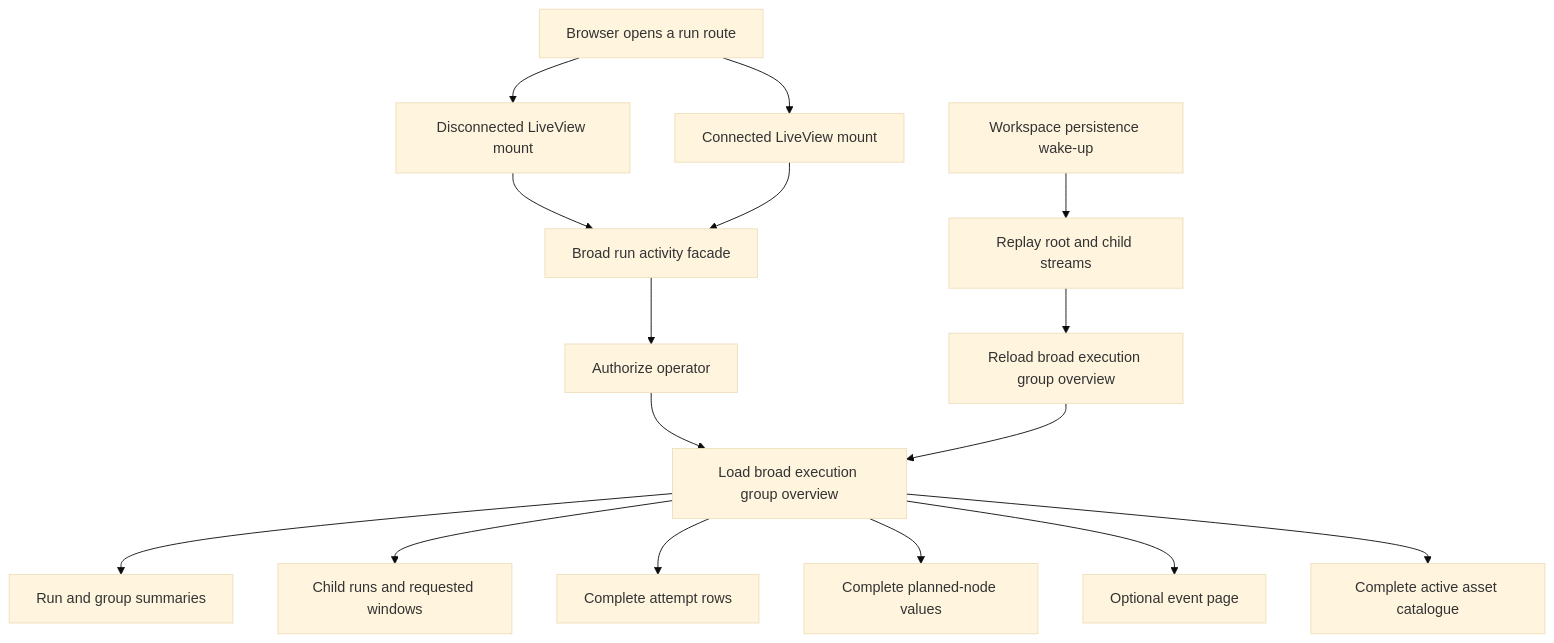
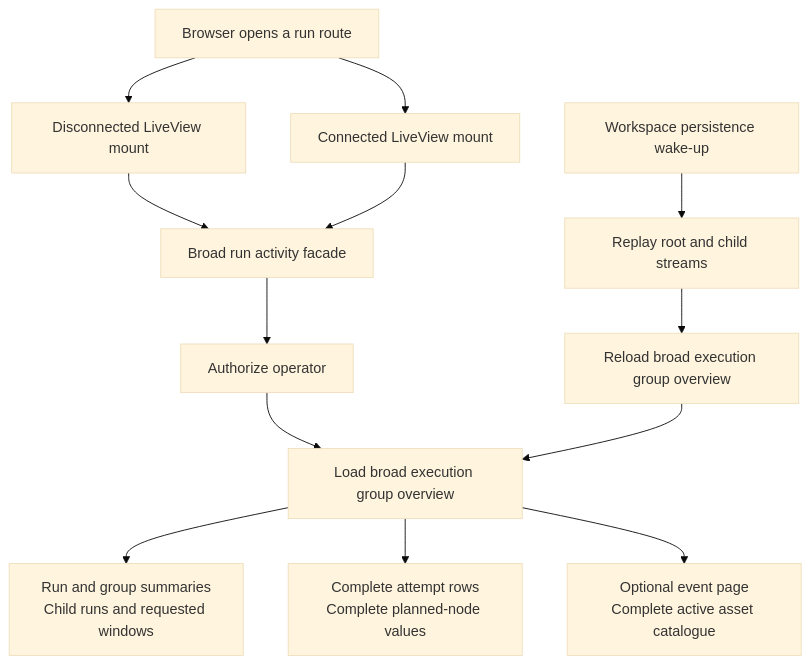
The first of 7 diagrams in docs/change-records/2026/issue-658-pr-659-run-detail-read-performance.md (eirhop/favn), drawn with Mermaid (base theme) before and after one commit. The commit also changed other lines of this file, not shown here.

Commit message:
docs: make run detail diagrams GitHub-readable

````diff
--- a/docs/change-records/2026/issue-658-pr-659-run-detail-read-performance.md
+++ b/docs/change-records/2026/issue-658-pr-659-run-detail-read-performance.md
@@ -130,18 +129,15 @@
 ```mermaid
 flowchart TD
     A[Browser opens a run route] --> B[Disconnected LiveView mount]
     A --> C[Connected LiveView mount]
     B --> D[Broad run activity facade]
     C --> D
     D --> E[Authorize operator]
     E --> F[Load broad execution group overview]
-    F --> G[Run and group summaries]
-    F --> H[Child runs and requested windows]
-    F --> I[Complete attempt rows]
-    F --> J[Complete planned-node values]
-    F --> K[Optional event page]
-    F --> L[Complete active asset catalogue]
+    F --> G[Run and group summaries<br/>Child runs and requested windows]
+    F --> H[Complete attempt rows<br/>Complete planned-node values]
+    F --> I[Optional event page<br/>Complete active asset catalogue]
     M[Workspace persistence wake-up] --> N[Replay root and child streams]
     N --> O[Reload broad execution group overview]
     O --> F
 ```
````
